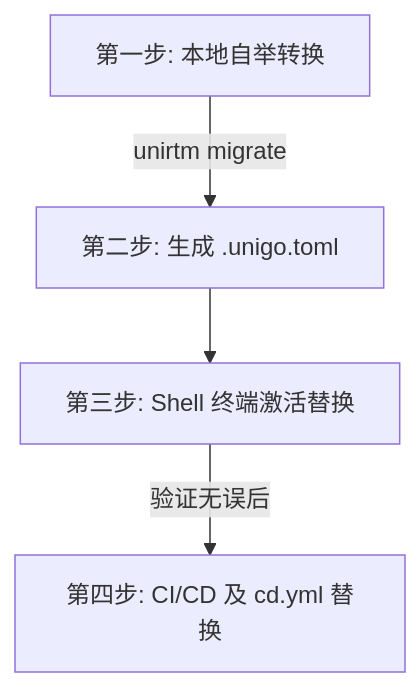
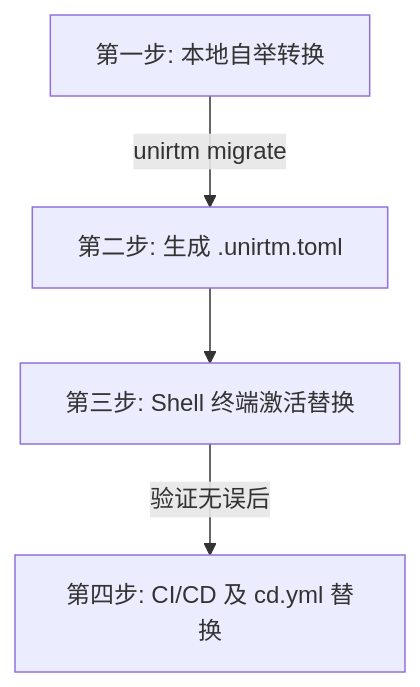
Before and after one commit to snowdreamtech/UniBootDesktop: the diagram in .kiro/migration_assessment.md, drawn with Mermaid. The commit also changed other lines of this file and 15 other files, not shown here.

Commit message:
docs: revert .unigo.toml back to .unirtm.toml in documentation

````diff
--- a/.kiro/migration_assessment.md
+++ b/.kiro/migration_assessment.md
@@ -65,6 +65,6 @@
 ```mermaid
 graph TD
-    A[第一步: 本地自举转换] -->|unirtm migrate| B[第二步: 生成 .unigo.toml]
+    A[第一步: 本地自举转换] -->|unirtm migrate| B[第二步: 生成 .unirtm.toml]
     B --> C[第三步: Shell 终端激活替换]
     C -->|验证无误后| D[第四步: CI/CD 及 cd.yml 替换]
 ```
````
